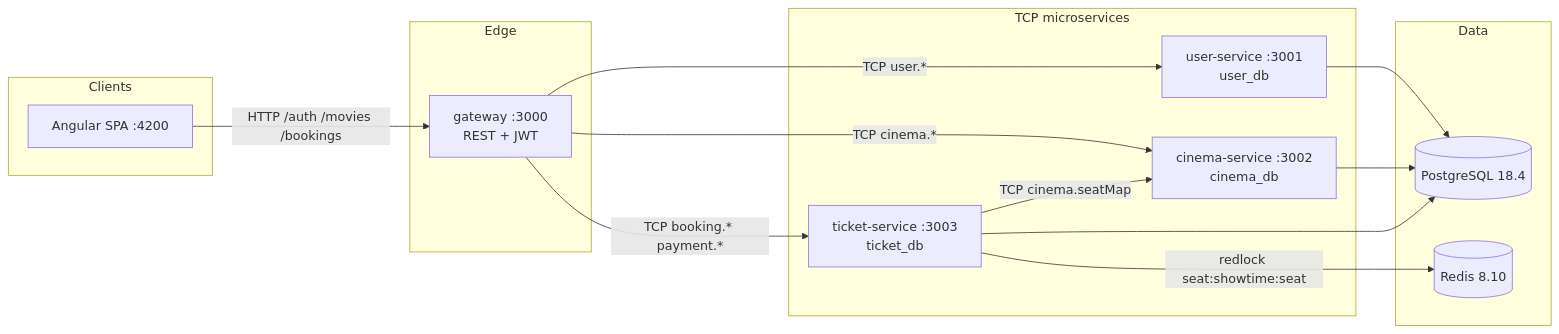
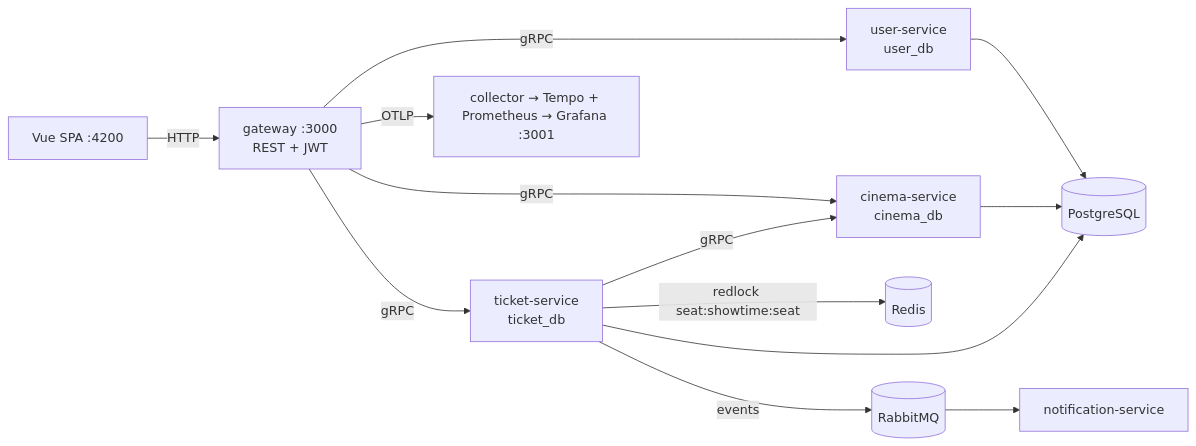
The diagram in README.md (ridwanmuh3/cinx), drawn with Mermaid before and after one commit. The commit also changed other lines of this file, not shown here.

````diff
--- a/README.md
+++ b/README.md
@@ -9,31 +7,12 @@
 ```mermaid
 flowchart LR
-  subgraph clients [Clients]
-    Web["Angular SPA :4200"]
-  end
-
-  subgraph edge [Edge]
-    GW["gateway :3000<br/>REST + JWT"]
-  end
-
-  subgraph services [TCP microservices]
-    US["user-service :3001<br/>user_db"]
-    CS["cinema-service :3002<br/>cinema_db"]
-    TS["ticket-service :3003<br/>ticket_db"]
-  end
-
-  subgraph data [Data]
-    PG[(PostgreSQL 18.4)]
-    RD[(Redis 8.10)]
-  end
-
-  Web -->|HTTP /auth /movies /bookings| GW
-  GW -->|TCP user.*| US
-  GW -->|TCP cinema.*| CS
-  GW -->|TCP booking.* payment.*| TS
-  TS -->|TCP cinema.seatMap| CS
-  US --> PG
-  CS --> PG
-  TS --> PG
-  TS -->|redlock seat:showtime:seat| RD
+  Web["Vue SPA :4200"] -->|HTTP| GW["gateway :3000<br/>REST + JWT"]
+  GW -->|gRPC| US["user-service<br/>user_db"]
+  GW -->|gRPC| CS["cinema-service<br/>cinema_db"]
+  GW -->|gRPC| TS["ticket-service<br/>ticket_db"]
+  TS -->|gRPC| CS
+  TS -->|redlock seat:showtime:seat| RD[(Redis)]
+  TS -->|events| RMQ[(RabbitMQ)] --> NS["notification-service"]
+  US & CS & TS --> PG[(PostgreSQL)]
+  GW -->|OTLP| OTEL["collector → Tempo + Prometheus → Grafana :3001"]
 ```
````
